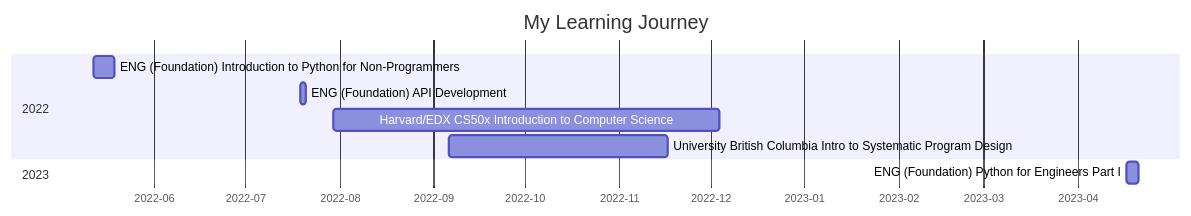
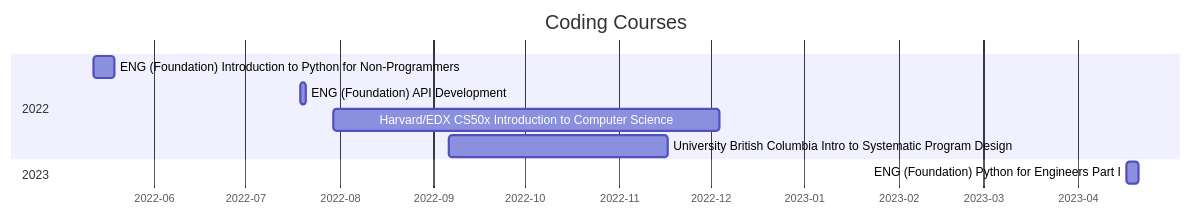
One commit to CodyCardinal/My-Learning-Journey changed the diagram in README.md. Above: the diagram before and after it, drawn with Mermaid. The commit also changed other lines of this file, not shown here.

````diff
--- a/README.md
+++ b/README.md
@@ -3,16 +3,16 @@
 ```mermaid
 gantt
-    title My Learning Journey
+    title Coding Courses
 
     dateFormat YYYY-MM-DD
     axisFormat %Y-%m
 
 section 2022
 ENG (Foundation) Introduction to Python for Non-Programmers: 2022-05-12, 2022-05-19
 ENG (Foundation) API Development: 2022-07-19, 2022-07-21
 Harvard/EDX CS50x Introduction to Computer Science: 2022-07-30, 2022-12-04
 University British Columbia Intro to Systematic Program Design: 2022-09-06, 2022-11-17
 
 section 2023
 ENG (Foundation) Python for Engineers Part I: 2023-04-17, 2023-04-21
 ```
````
